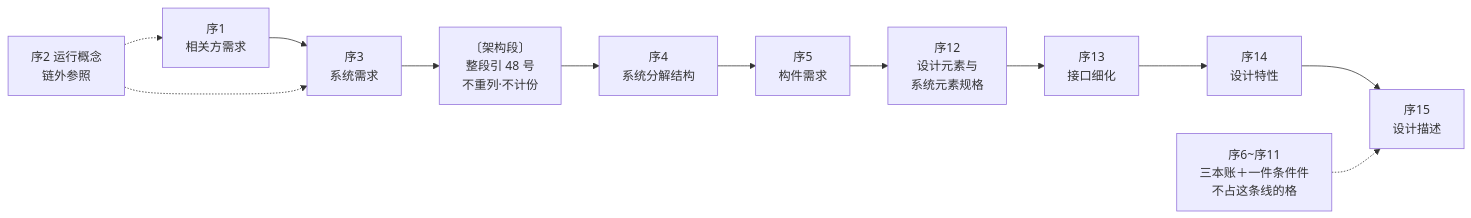
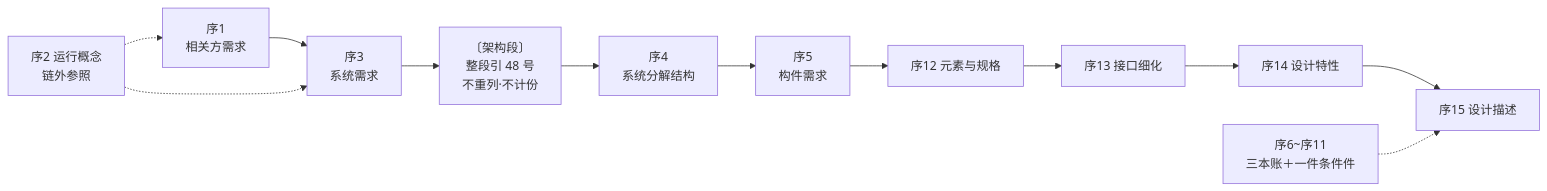
The first of 3 diagrams in 10-系统工程研究/00-系统工程相关研究报告/47-系统设计：从相关方需求到设计描述范例.md (Yongjunzhou/business-Engineering), drawn with Mermaid before and after one commit. The commit also changed other lines of this file, not shown here.

````diff
--- a/10-系统工程研究/00-系统工程相关研究报告/47-系统设计：从相关方需求到设计描述范例.md
+++ b/10-系统工程研究/00-系统工程相关研究报告/47-系统设计：从相关方需求到设计描述范例.md
@@ -46,10 +22,10 @@
 ```mermaid
 flowchart LR
     A["序1<br/>相关方需求"] --> C["序3<br/>系统需求"]
     C --> D["〔架构段〕<br/>整段引 48 号<br/>不重列·不计份"]
     D --> E["序4<br/>系统分解结构"] --> F["序5<br/>构件需求"]
-    F --> G["序12<br/>设计元素与<br/>系统元素规格"] --> H["序13<br/>接口细化"] --> I["序14<br/>设计特性"] --> J["序15<br/>设计描述"]
+    F --> G["序12 元素与规格"] --> H["序13 接口细化"] --> I["序14 设计特性"] --> J["序15 设计描述"]
     B["序2 运行概念<br/>链外参照"] -.-> A
     B -.-> C
-    K["序6~序11<br/>三本账＋一件条件件<br/>不占这条线的格"] -.-> J
+    K["序6~序11<br/>三本账＋一件条件件"] -.-> J
 ```
````
